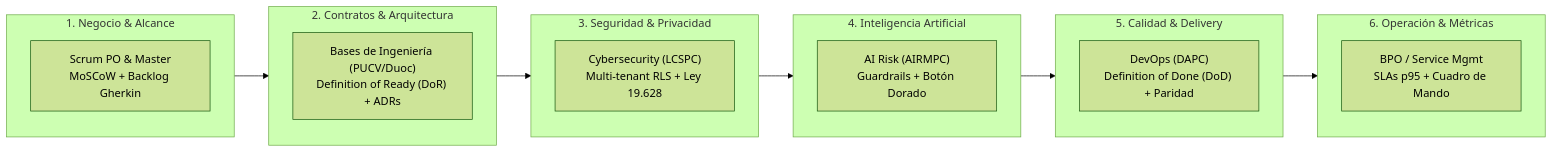
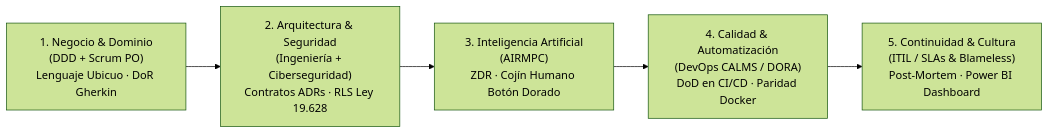
One commit to vivenegasl/valvic-architecture-and-docs changed the first of 2 diagrams in docs/interview_prep/guia_defensa_tecnica_project_leader.md. Above: the diagram before and after it, drawn with Mermaid (forest theme). The commit also changed other lines of this file, not shown here.

Commit message:
docs(interview): fuse Section 2 into definitive 5-pillar master operational framework with DDD, CALMS, DORA, and Blameless culture

````diff
--- a/docs/interview_prep/guia_defensa_tecnica_project_leader.md
+++ b/docs/interview_prep/guia_defensa_tecnica_project_leader.md
@@ -53,23 +55,10 @@
 ```mermaid
 flowchart LR
-    subgraph F1["1. Negocio & Alcance"]
-        S1["Scrum PO & Master<br/>MoSCoW + Backlog Gherkin"]
-    end
-    subgraph F2["2. Contratos & Arquitectura"]
-        S2["Bases de Ingeniería (PUCV/Duoc)<br/>Definition of Ready (DoR) + ADRs"]
-    end
-    subgraph F3["3. Seguridad & Privacidad"]
-        S3["Cybersecurity (LCSPC)<br/>Multi-tenant RLS + Ley 19.628"]
-    end
-    subgraph F4["4. Inteligencia Artificial"]
-        S4["AI Risk (AIRMPC)<br/>Guardrails + Botón Dorado"]
-    end
-    subgraph F5["5. Calidad & Delivery"]
-        S5["DevOps (DAPC)<br/>Definition of Done (DoD) + Paridad"]
-    end
-    subgraph F6["6. Operación & Métricas"]
-        S6["BPO / Service Mgmt<br/>SLAs p95 + Cuadro de Mando"]
-    end
+    P1["1. Negocio & Dominio<br/>(DDD + Scrum PO)<br/>Lenguaje Ubicuo · DoR Gherkin"]
+    P2["2. Arquitectura & Seguridad<br/>(Ingeniería + Ciberseguridad)<br/>Contratos ADRs · RLS Ley 19.628"]
+    P3["3. Inteligencia Artificial<br/>(AIRMPC)<br/>ZDR · Cojín Humano Botón Dorado"]
+    P4["4. Calidad & Automatización<br/>(DevOps CALMS / DORA)<br/>DoD en CI/CD · Paridad Docker"]
+    P5["5. Continuidad & Cultura<br/>(ITIL / SLAs & Blameless)<br/>Post-Mortem · Power BI Dashboard"]
 
-    F1 --> F2 --> F3 --> F4 --> F5 --> F6
+    P1 --> P2 --> P3 --> P4 --> P5
 ```
````
